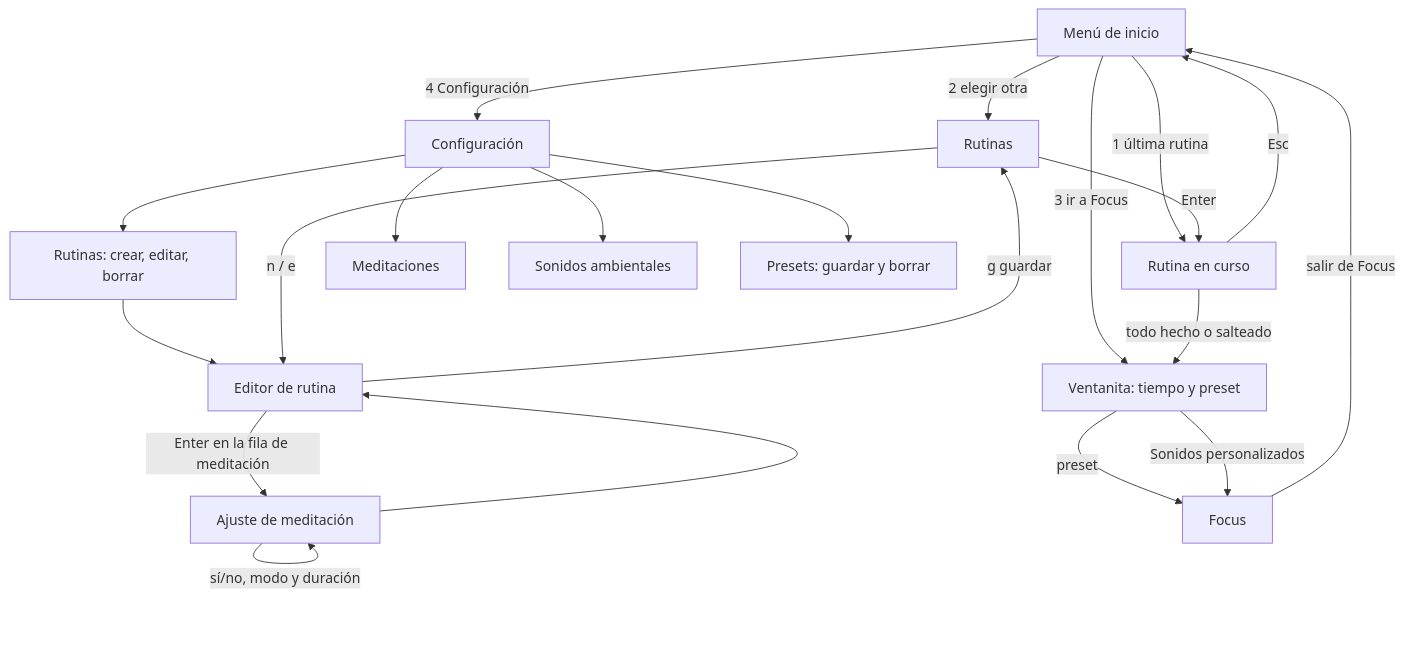
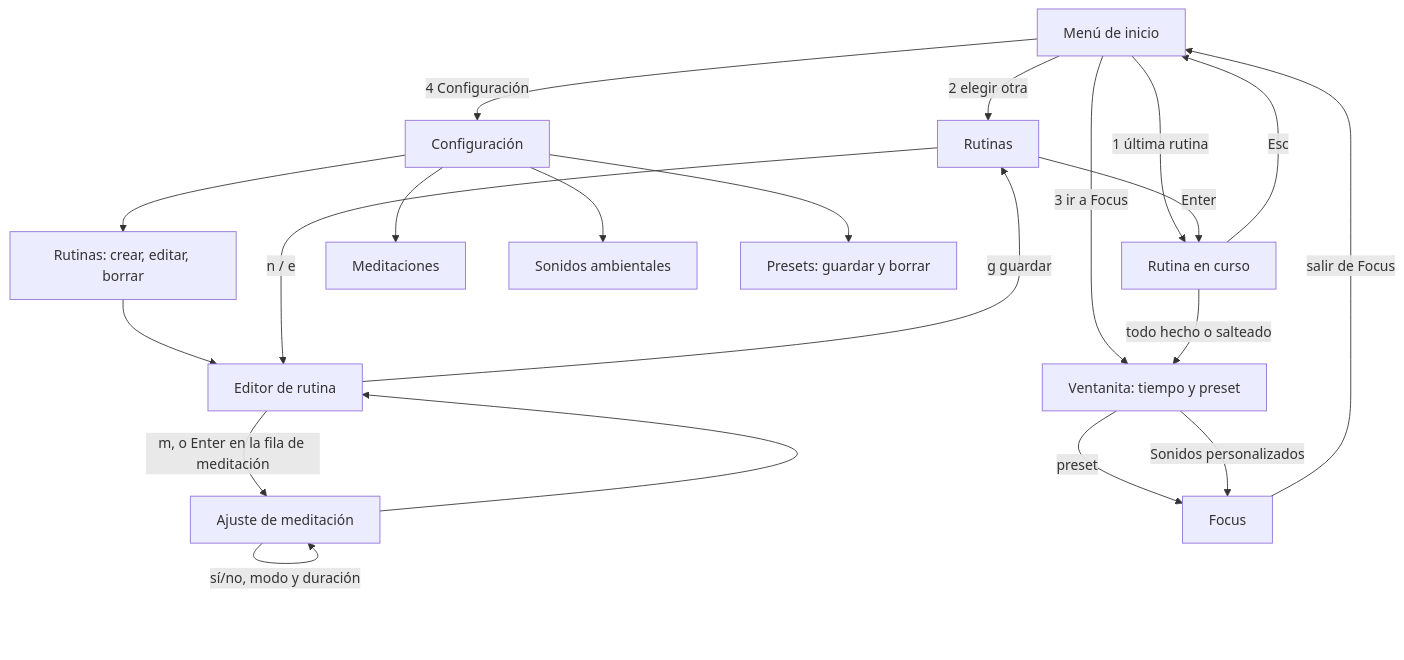
One commit to fabrifont/focus-ambience changed the diagram in docs/diseno/v2-estructura-y-rutina.md. Above: the diagram before and after it, drawn with Mermaid. The commit also changed other lines of this file and 1 other file, not shown here.

Commit message:
Documentar la tecla m del editor de rutinas

````diff
--- a/docs/diseno/v2-estructura-y-rutina.md
+++ b/docs/diseno/v2-estructura-y-rutina.md
@@ -48,23 +48,23 @@
 ```mermaid
 flowchart TD
   M[Menú de inicio] -->|1 última rutina| R[Rutina en curso]
   M -->|2 elegir otra| L[Rutinas]
   M -->|3 ir a Focus| V[Ventanita: tiempo y preset]
   M -->|4 Configuración| C[Configuración]
   C --> L2[Rutinas: crear, editar, borrar]
   C --> MD[Meditaciones]
   C --> SA[Sonidos ambientales]
   C --> PR[Presets: guardar y borrar]
   L2 --> E
   L -->|Enter| R
   L -->|n / e| E[Editor de rutina]
-  E -->|Enter en la fila de meditación| P[Ajuste de meditación]
+  E -->|m, o Enter en la fila de meditación| P[Ajuste de meditación]
   P -->|sí/no, modo y duración| P
   P --> E
   E -->|g guardar| L
   R -->|todo hecho o salteado| V
   R -->|Esc| M
   V -->|preset| F[Focus]
   V -->|Sonidos personalizados| F
   F -->|salir de Focus| M
 ```
````
